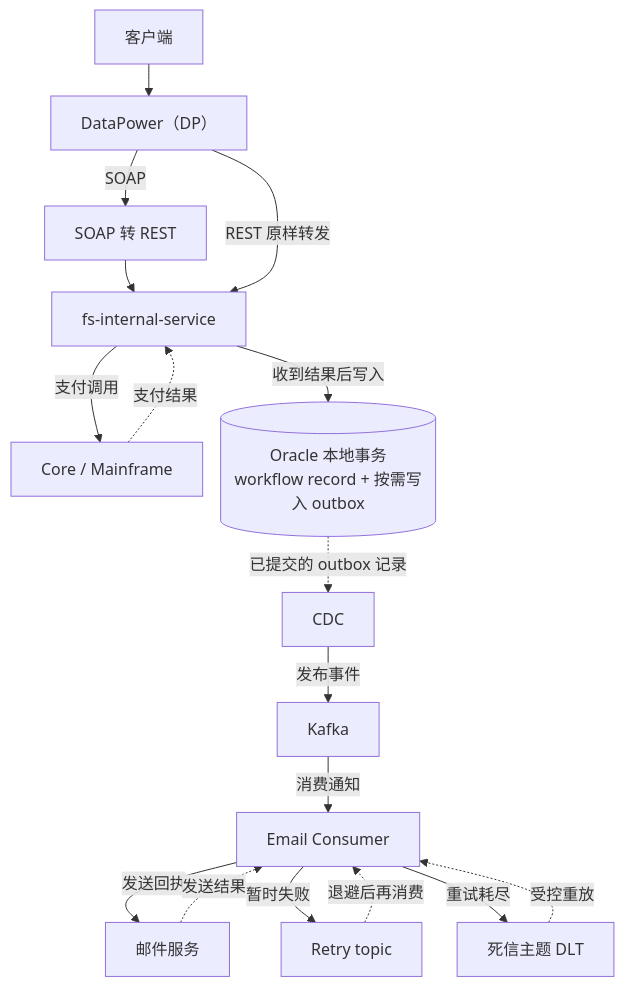
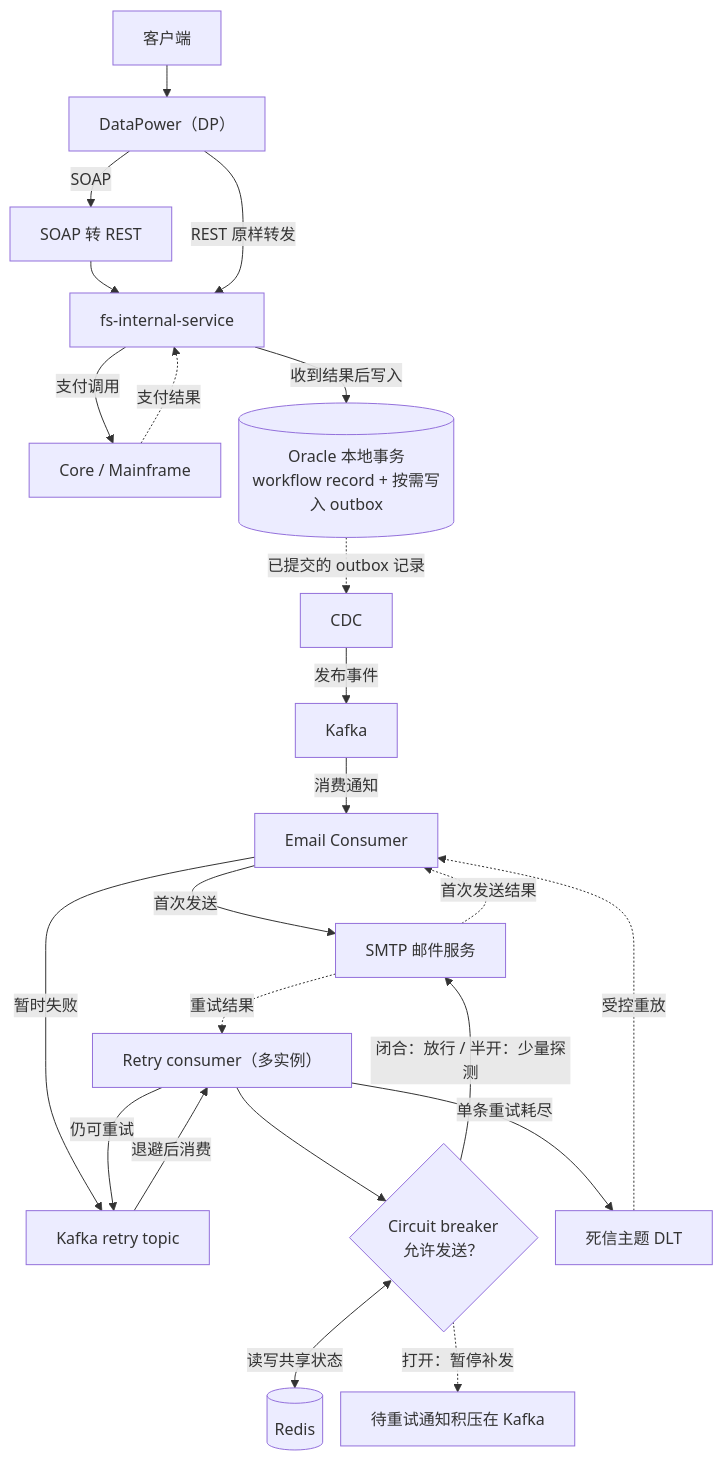
One commit to ChrisZZhong/zhichengzhong changed the second of 2 diagrams in _posts/Interviews/2026-11-17-MadisonDavisProjectInterview.md. Above: the diagram before and after it, drawn with Mermaid. The commit also changed other lines of this file, not shown here.

Commit message:
Show Redis-backed circuit breaker for SMTP retries

````diff
--- a/_posts/Interviews/2026-11-17-MadisonDavisProjectInterview.md
+++ b/_posts/Interviews/2026-11-17-MadisonDavisProjectInterview.md
@@ -43,22 +43,27 @@
 ```mermaid
 %%{init: {"flowchart": {"nodeSpacing": 18, "rankSpacing": 32}} }%%
 flowchart TD
     client["客户端"] --> dp["DataPower（DP）"]
     dp -->|SOAP| translator["SOAP 转 REST"]
     translator --> service["fs-internal-service"]
     dp -->|REST 原样转发| service
     service -->|支付调用| core["Core / Mainframe"]
     core -.->|支付结果| service
     service -->|收到结果后写入| db[("Oracle 本地事务<br/>workflow record + 按需写入 outbox")]
 
     db -.->|已提交的 outbox 记录| cdc["CDC"]
     cdc -->|发布事件| kafka["Kafka"]
     kafka -->|消费通知| consumer["Email Consumer"]
-    consumer -->|发送回执| mail["邮件服务"]
-    mail -.->|发送结果| consumer
-
-    consumer -->|暂时失败| retry["Retry topic"]
-    retry -.->|退避后再消费| consumer
-    consumer -->|重试耗尽| dlt["死信主题 DLT"]
+    consumer -->|首次发送| mail["SMTP 邮件服务"]
+    mail -.->|首次发送结果| consumer
+    consumer -->|暂时失败| retry["Kafka retry topic"]
+    retry -->|退避后消费| rc["Retry consumer（多实例）"]
+    rc --> cb{"Circuit breaker<br/>允许发送？"}
+    cb <-->|读写共享状态| redis[("Redis")]
+    cb -->|闭合：放行 / 半开：少量探测| mail
+    cb -.->|打开：暂停补发| hold["待重试通知积压在 Kafka"]
+    mail -.->|重试结果| rc
+    rc -->|仍可重试| retry
+    rc -->|单条重试耗尽| dlt["死信主题 DLT"]
     dlt -.->|受控重放| consumer
 ```
````
